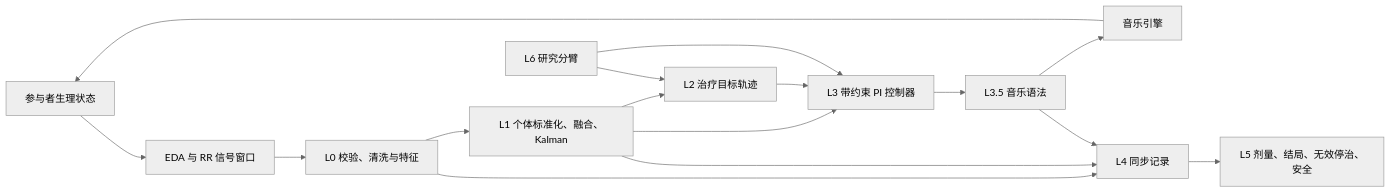
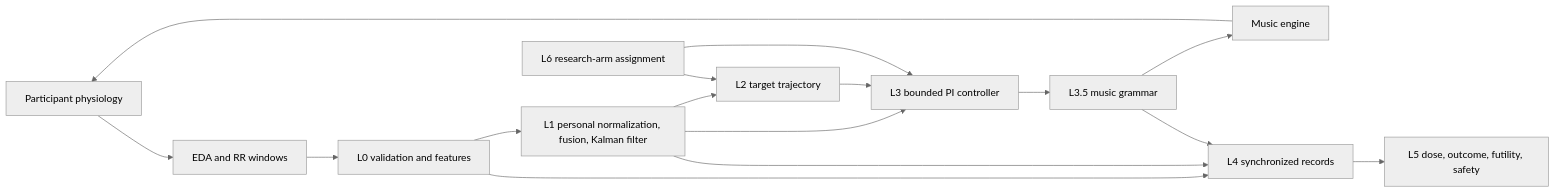
Before and after one commit to YazhouZhu19/mdt-closed-loop: the diagram in README.zh-CN.md, drawn with Mermaid (neutral theme). The commit also changed other lines of this file and 62 other files, not shown here.

````diff
--- a/README.zh-CN.md
+++ b/README.zh-CN.md
@@ -31,18 +33,18 @@
 ```mermaid
 flowchart LR
-    P[参与者生理状态] --> S[EDA 与 RR 信号窗口]
-    S --> L0[L0 校验、清洗与特征]
-    L0 --> L1[L1 个体标准化、融合、Kalman]
-    L1 --> L2[L2 治疗目标轨迹]
-    L1 --> C[L3 带约束 PI 控制器]
+    P[Participant physiology] --> S[EDA and RR windows]
+    S --> L0[L0 validation and features]
+    L0 --> L1[L1 personal normalization, fusion, Kalman filter]
+    L1 --> L2[L2 target trajectory]
+    L1 --> C[L3 bounded PI controller]
     L2 --> C
-    C --> G[L3.5 音乐语法]
-    G --> E[音乐引擎]
+    C --> G[L3.5 music grammar]
+    G --> E[Music engine]
     E --> P
-    L0 --> R[L4 同步记录]
+    L0 --> R[L4 synchronized records]
     L1 --> R
     G --> R
-    R --> O[L5 剂量、结局、无效停治、安全]
-    A[L6 研究分臂] --> L2
+    R --> O[L5 dose, outcome, futility, safety]
+    A[L6 research-arm assignment] --> L2
     A --> C
 ```
````
